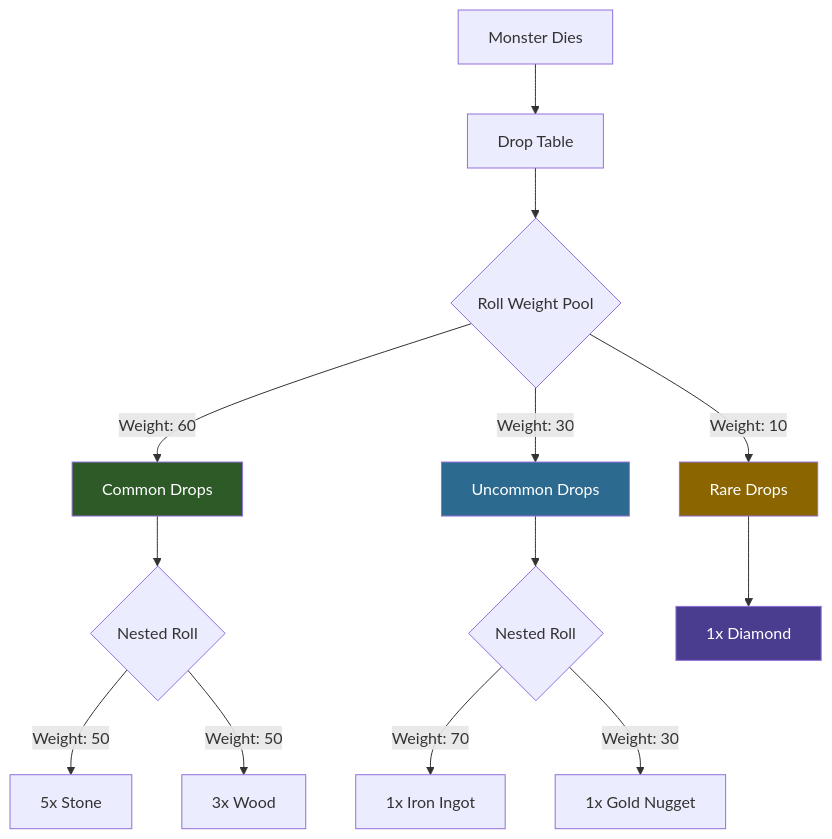
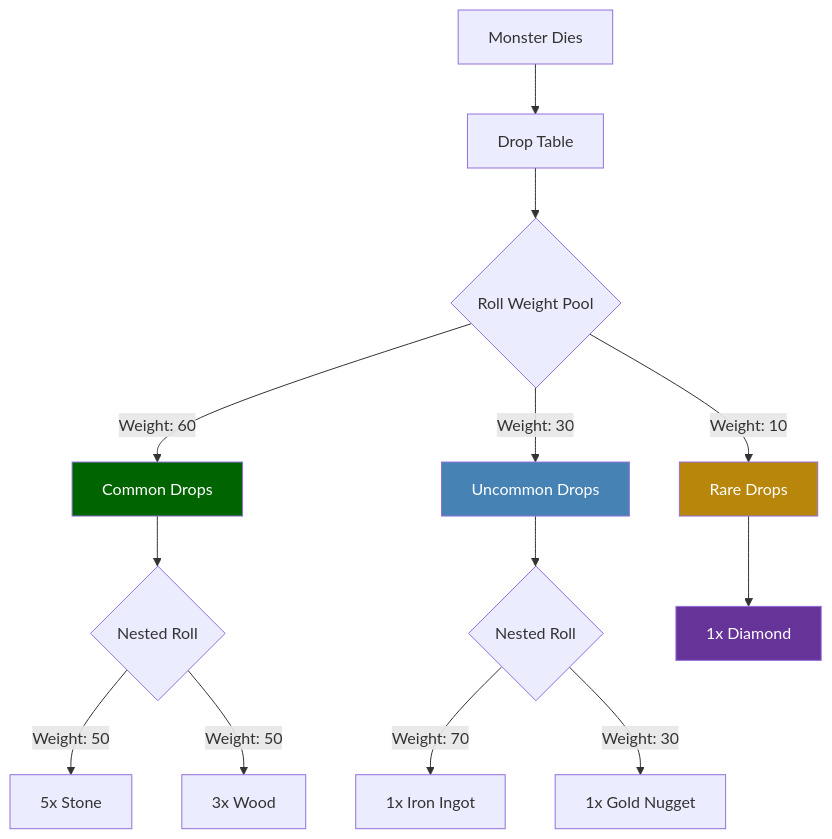
The second of 2 diagrams in src/content/docs/es/reference/concepts/weight-system.md (nevesb/hytale-modding-docs), drawn with Mermaid before and after one commit. The commit also changed other lines of this file and 34 other files, not shown here.

````diff
--- a/src/content/docs/es/reference/concepts/weight-system.md
+++ b/src/content/docs/es/reference/concepts/weight-system.md
@@ -41,23 +41,23 @@
 ```mermaid
-flowchart TD
+flowchart TD;
     A[Monster Dies] --> B[Drop Table]
     B --> C{Roll Weight Pool}
     C -->|"Weight: 60"| D[Common Drops]
     C -->|"Weight: 30"| E[Uncommon Drops]
     C -->|"Weight: 10"| F[Rare Drops]
 
     D --> G{Nested Roll}
     G -->|"Weight: 50"| H[5x Stone]
     G -->|"Weight: 50"| I[3x Wood]
 
     E --> J{Nested Roll}
     J -->|"Weight: 70"| K[1x Iron Ingot]
     J -->|"Weight: 30"| L[1x Gold Nugget]
 
     F --> M[1x Diamond]
 
-    style D fill:#2d5a27,color:#fff
-    style E fill:#2d6a8f,color:#fff
-    style F fill:#8b6500,color:#fff
-    style M fill:#4a3d8f,color:#fff
+    style D fill:darkgreen,color:white
+    style E fill:steelblue,color:white
+    style F fill:darkgoldenrod,color:white
+    style M fill:rebeccapurple,color:white
 ```
````
